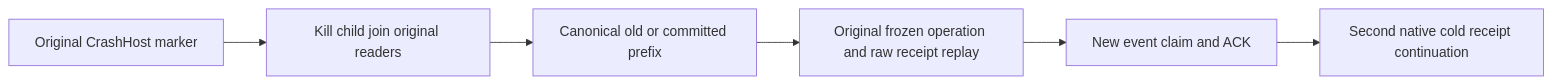
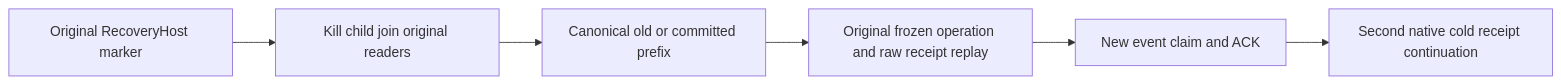
One commit to managedcode/KeyLoad changed the diagram in docs/Features/Messaging/SubscriptionProcessingRecovery.md. Above: the diagram before and after it, drawn with Mermaid. The commit also changed other lines of this file and 685 other files, not shown here.

First line of the commit message:
Rename recovery process host and align current native contracts

````diff
--- a/docs/Features/Messaging/SubscriptionProcessingRecovery.md
+++ b/docs/Features/Messaging/SubscriptionProcessingRecovery.md
@@ -11,8 +11,8 @@
 ```mermaid
 flowchart LR
-    Child[Original CrashHost marker] --> Join[Kill child join original readers]
+    Child[Original RecoveryHost marker] --> Join[Kill child join original readers]
     Join --> Prefix[Canonical old or committed prefix]
     Prefix --> Retry[Original frozen operation and raw receipt replay]
     Retry --> Healthy[New event claim and ACK]
     Healthy --> Cold[Second native cold receipt continuation]
 ```
````
